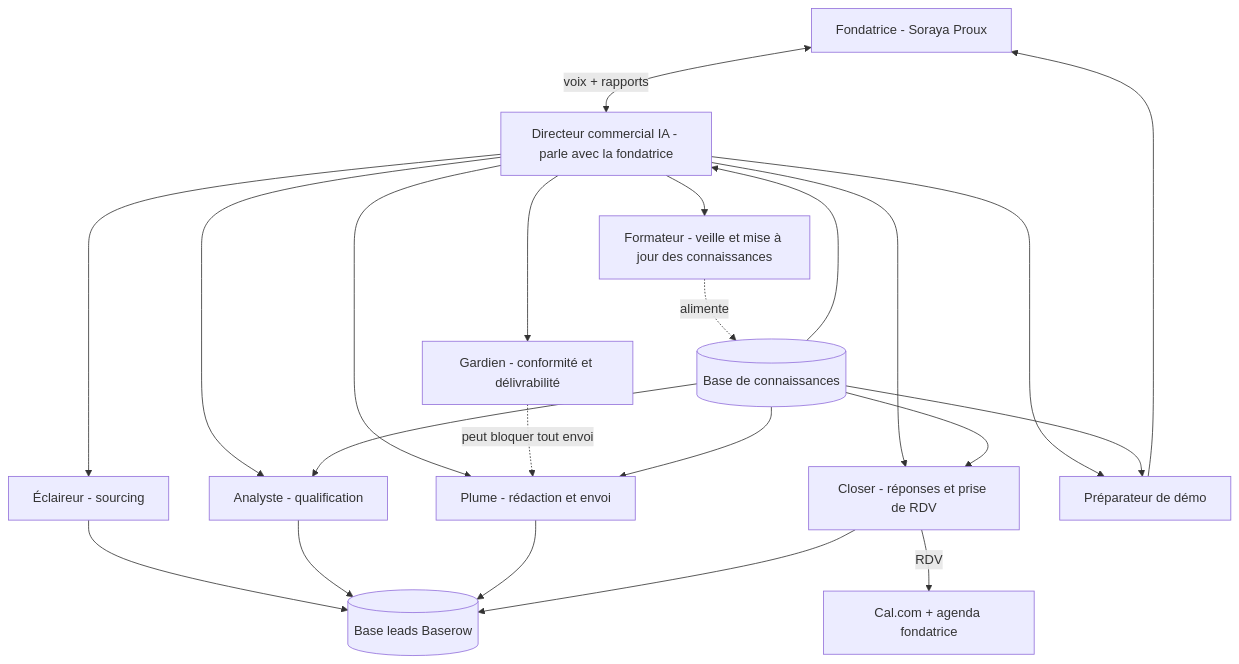
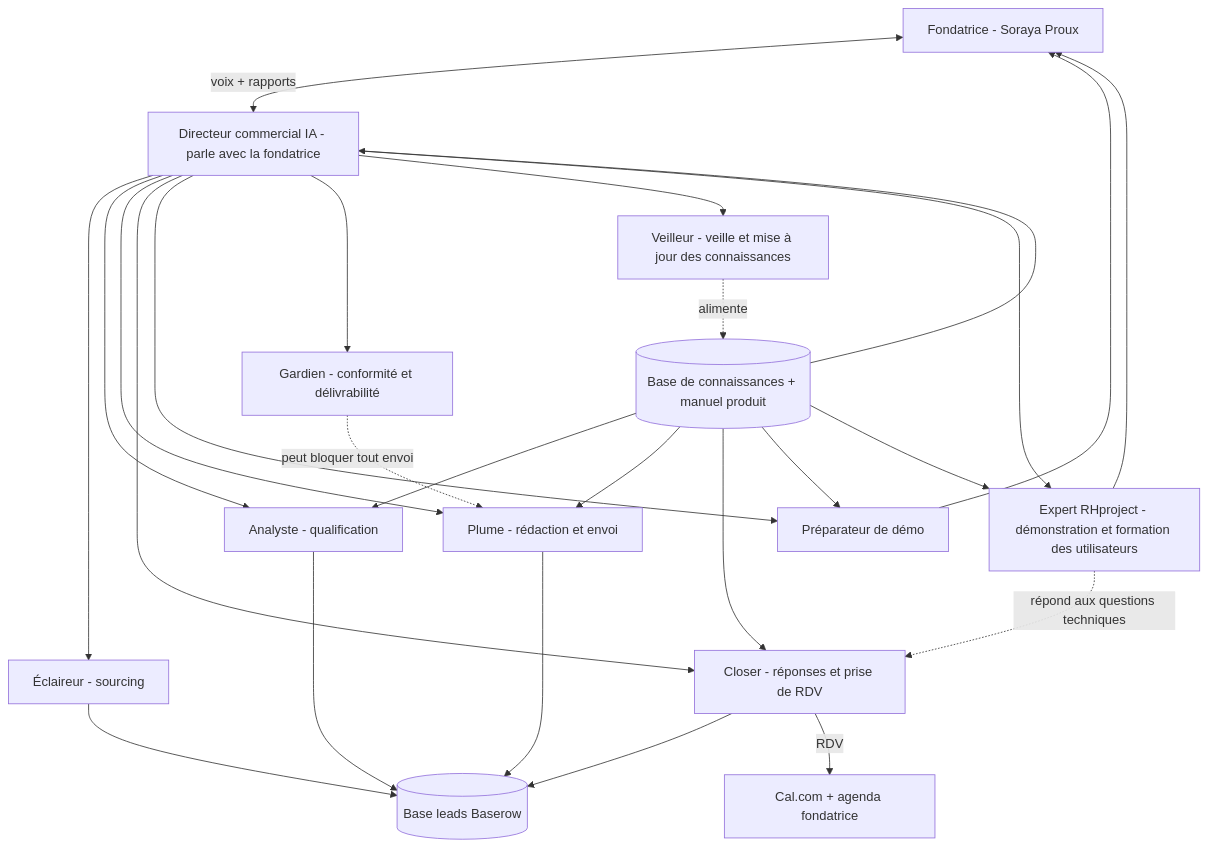
Before and after one commit to Rhproject92/Portail-client: the diagram in rhproject-equipe-commerciale/README.md, drawn with Mermaid. The commit also changed other lines of this file and 7 other files, not shown here.

First line of the commit message:
Add RHproject product manuals 03-05, index, and agent updates (Expert RHproject, Veilleur)

````diff
--- a/rhproject-equipe-commerciale/README.md
+++ b/rhproject-equipe-commerciale/README.md
@@ -9,22 +9,25 @@
 ```mermaid
 flowchart TD
     F[Fondatrice - Soraya Proux]
     D[Directeur commercial IA - parle avec la fondatrice]
     F <-->|voix + rapports| D
     D --> A1[Éclaireur - sourcing]
     D --> A2[Analyste - qualification]
     D --> A3[Plume - rédaction et envoi]
     D --> A4[Closer - réponses et prise de RDV]
     D --> A5[Préparateur de démo]
     D --> A6[Gardien - conformité et délivrabilité]
-    D --> A7[Formateur - veille et mise à jour des connaissances]
+    D --> A7[Veilleur - veille et mise à jour des connaissances]
+    D --> A8[Expert RHproject - démonstration et formation des utilisateurs]
     A1 --> B[(Base leads Baserow)]
     A2 --> B
     A3 --> B
     A4 --> B
     A4 -->|RDV| C[Cal.com + agenda fondatrice]
     A5 --> F
+    A8 --> F
+    A8 -. répond aux questions techniques .-> A4
     A6 -. peut bloquer tout envoi .-> A3
-    A7 -. alimente .-> K[(Base de connaissances)]
-    K --> D & A2 & A3 & A4 & A5
+    A7 -. alimente .-> K[(Base de connaissances + manuel produit)]
+    K --> D & A2 & A3 & A4 & A5 & A8
 ```
````
